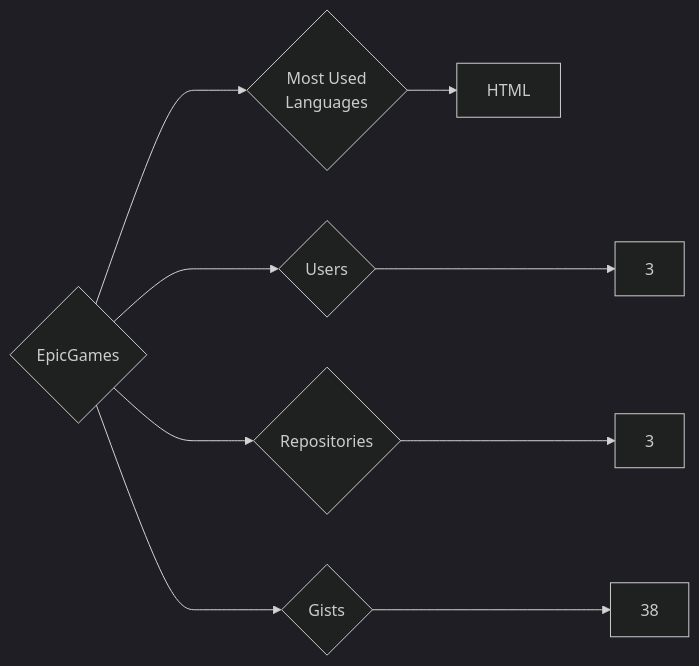
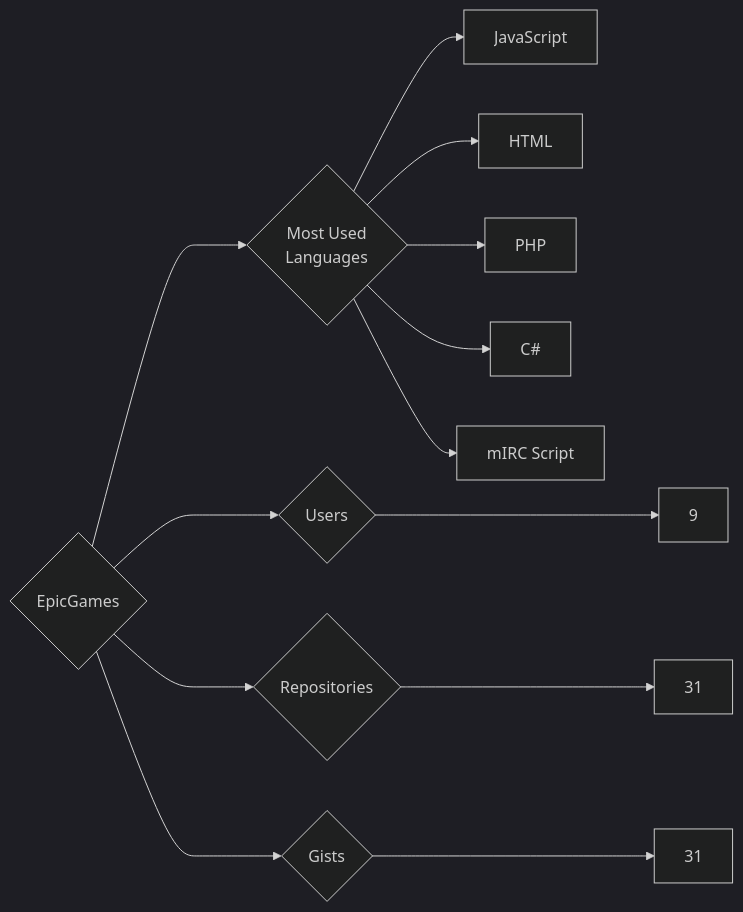
Before and after one commit to trickest/insiders: the diagram in targets/EpicGames/README.md, drawn with Mermaid (dark theme). The commit also changed 1212 other files, not shown here.

````diff
--- a/targets/EpicGames/README.md
+++ b/targets/EpicGames/README.md
@@ -3,9 +3,13 @@
 ```mermaid
 graph LR
 COMPANY_NAME{EpicGames}
-COMPANY_NAME ---> U{Users} ---> UN[3]
-COMPANY_NAME ---> R{Repositories} ---> RN[3]
-COMPANY_NAME ---> G{Gists} ---> GN[38]
+COMPANY_NAME ---> U{Users} ---> UN[9]
+COMPANY_NAME ---> R{Repositories} ---> RN[31]
+COMPANY_NAME ---> G{Gists} ---> GN[31]
 COMPANY_NAME ---> ML{Most Used<br>Languages}
+ML --> JavaScript[JavaScript]
 ML --> HTML[HTML]
+ML --> PHP[PHP]
+ML --> C#[C#]
+ML --> mIRC_Script[mIRC Script]
 ```
````
